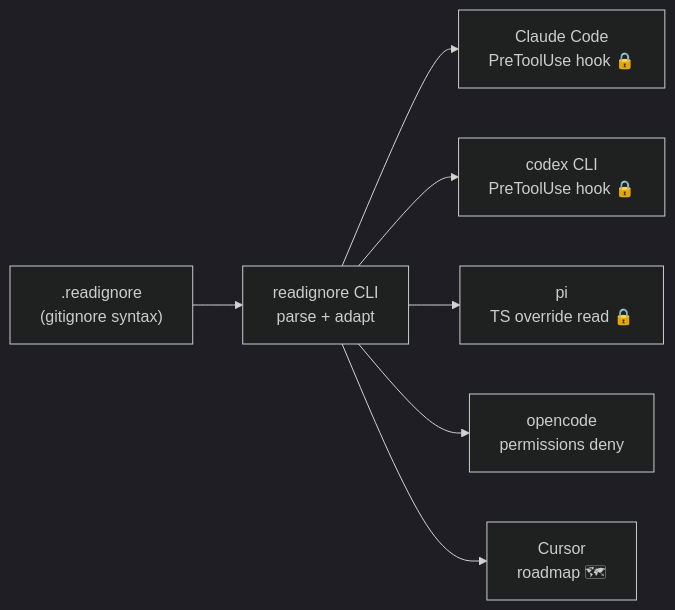
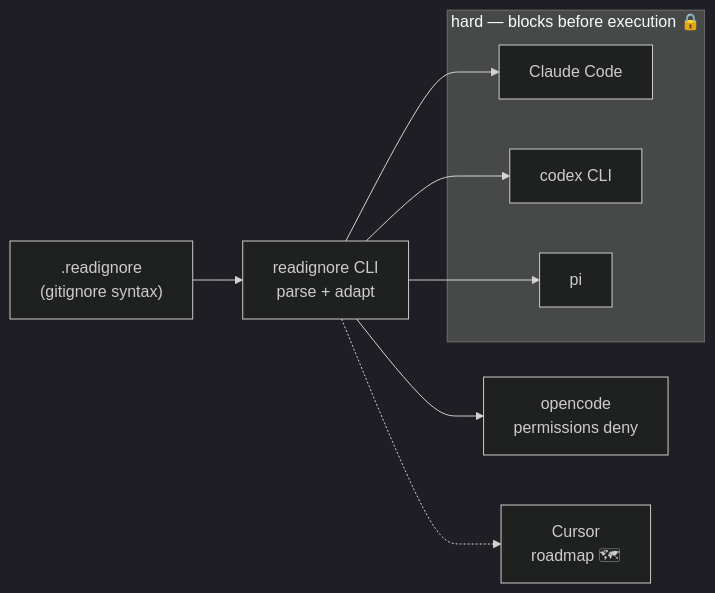
One commit to 0xByteBard404/readignore changed the diagram in README.md. Above: the diagram before and after it, drawn with Mermaid (dark theme). The commit also changed 1 other file, not shown here.

Commit message:
docs: mermaid — subgraph hard + dashed roadmap + flowchart

````diff
--- a/README.md
+++ b/README.md
@@ -28,9 +28,12 @@
 ```mermaid
-graph LR
+flowchart LR
   RI[".readignore<br/>(gitignore syntax)"] --> CLI["readignore CLI<br/>parse + adapt"]
-  CLI --> CC["Claude Code<br/>PreToolUse hook 🔒"]
-  CLI --> CX["codex CLI<br/>PreToolUse hook 🔒"]
-  CLI --> PI["pi<br/>TS override read 🔒"]
+  subgraph hard ["hard — blocks before execution 🔒"]
+    CC["Claude Code"]
+    CX["codex CLI"]
+    PI["pi"]
+  end
+  CLI --> CC & CX & PI
   CLI --> OC["opencode<br/>permissions deny"]
-  CLI --> CU["Cursor<br/>roadmap 🗺"]
+  CLI -.-> CU["Cursor<br/>roadmap 🗺"]
 ```
````
